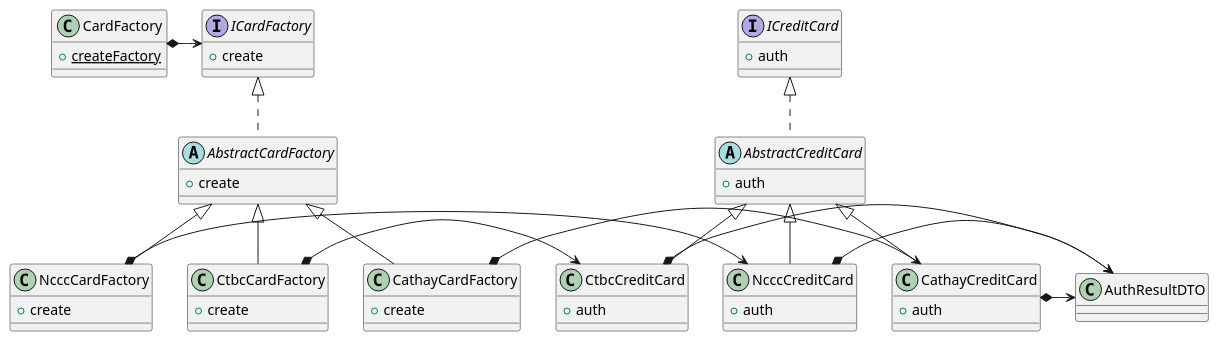
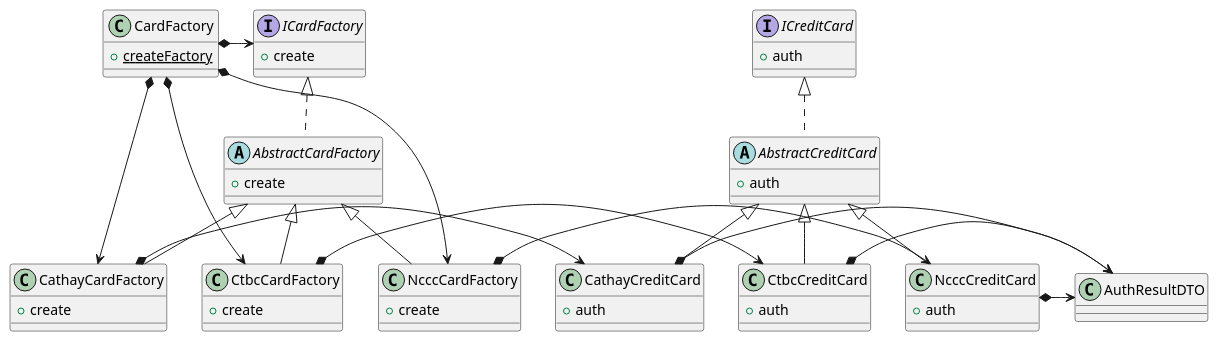
The diagram in Homework5/Homework5.puml (SteveTsao/DesignPattern), drawn with PlantUML before and after one commit.

Commit message:
Class Diagram Update

```diff
--- a/Homework5/Homework5.puml
+++ b/Homework5/Homework5.puml
@@ -1,66 +1,69 @@
 @startuml
 
 class CardFactory {
     {static}+createFactory
 }
 
 interface ICardFactory {
     +create
 }
 
 abstract class AbstractCardFactory {
     +create
 }
 
 class CathayCardFactory {
     +create
 }
 
 class CtbcCardFactory {
     +create
 }
 
 class NcccCardFactory {
     +create
 }
 
 interface ICreditCard {
     +auth
 }
 
 abstract class AbstractCreditCard {
     +auth
 }
 
 class CathayCreditCard {
     +auth
 }
 
 class CtbcCreditCard {
     +auth
 }
 
 class NcccCreditCard {
     +auth
 }
 
 class AuthResultDTO {
 }
 
 CardFactory *-> ICardFactory
+CardFactory *-> CathayCardFactory
+CardFactory *-> CtbcCardFactory
+CardFactory *-> NcccCardFactory
 ICardFactory <|.. AbstractCardFactory
 AbstractCardFactory <|-- CathayCardFactory
 AbstractCardFactory <|-- CtbcCardFactory
 AbstractCardFactory <|-- NcccCardFactory
 ICreditCard <|.. AbstractCreditCard
 AbstractCreditCard <|-- CathayCreditCard
 AbstractCreditCard <|-- CtbcCreditCard
 AbstractCreditCard <|-- NcccCreditCard
 CathayCardFactory *-> CathayCreditCard
 CtbcCardFactory *-> CtbcCreditCard
 NcccCardFactory *-> NcccCreditCard
 CathayCreditCard *-> AuthResultDTO
 CtbcCreditCard *-> AuthResultDTO
 NcccCreditCard *-> AuthResultDTO
 
 @enduml
```
